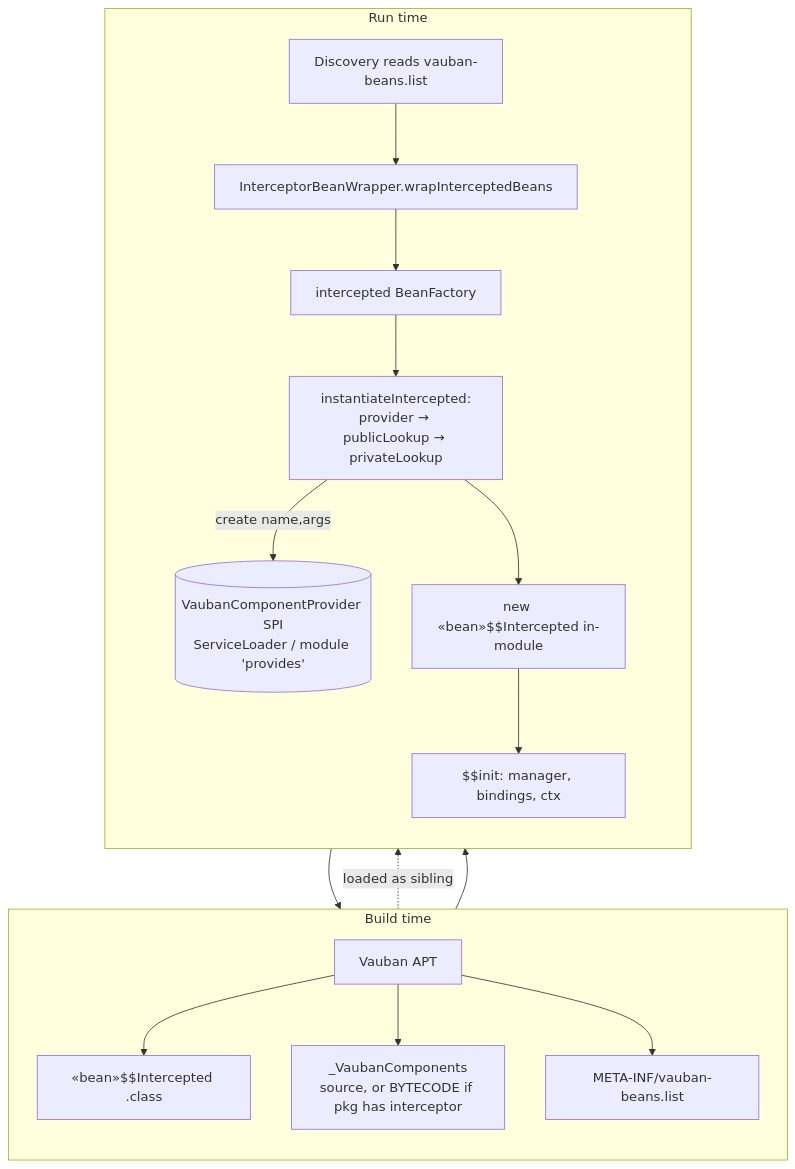
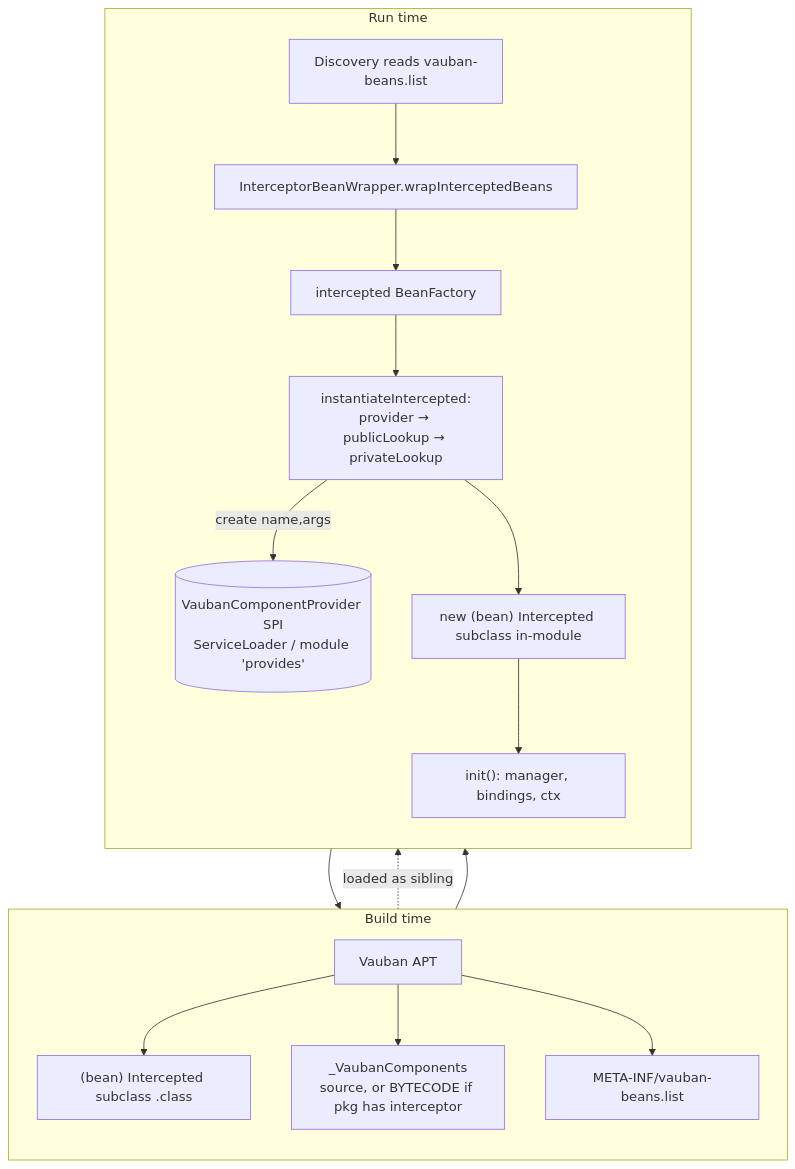
One commit to vidocq-stack/vauban changed the fourth of 4 diagrams in INTERCEPTORS.md. Above: the diagram before and after it, drawn with Mermaid. The commit also changed other lines of this file, not shown here.

First line of the commit message:
INTERCEPTORS.md: remove $ from all mermaid labels (KaTeX parses $$ as math)

````diff
--- a/INTERCEPTORS.md
+++ b/INTERCEPTORS.md
@@ -214,22 +218,22 @@
 ```mermaid
 flowchart TB
     subgraph BuildTime["Build time"]
       direction TB
-      APT[Vauban APT] --> A1[«bean»$$Intercepted .class]
-      APT --> A2[_VaubanComponents<br/>source, or BYTECODE if pkg has interceptor]
+      APT[Vauban APT] --> A1["(bean) Intercepted subclass .class"]
+      APT --> A2["_VaubanComponents<br/>source, or BYTECODE if pkg has interceptor"]
       APT --> A3[META-INF/vauban-beans.list]
     end
     subgraph RunTime["Run time"]
       direction TB
       D[Discovery reads vauban-beans.list] --> W[InterceptorBeanWrapper.wrapInterceptedBeans]
       W --> F[intercepted BeanFactory]
       F --> I[instantiateIntercepted:<br/>provider → publicLookup → privateLookup]
       SPI[(VaubanComponentProvider SPI<br/>ServiceLoader / module 'provides')]
       I -->|create name,args| SPI
       SPI --> A2
-      I --> N[new «bean»$$Intercepted in-module]
-      N --> INIT[$$init: manager, bindings, ctx]
+      I --> N["new (bean) Intercepted subclass in-module"]
+      N --> INIT["init(): manager, bindings, ctx"]
     end
     A1 -. loaded as sibling .-> N
     A3 --> D
 ```
````
